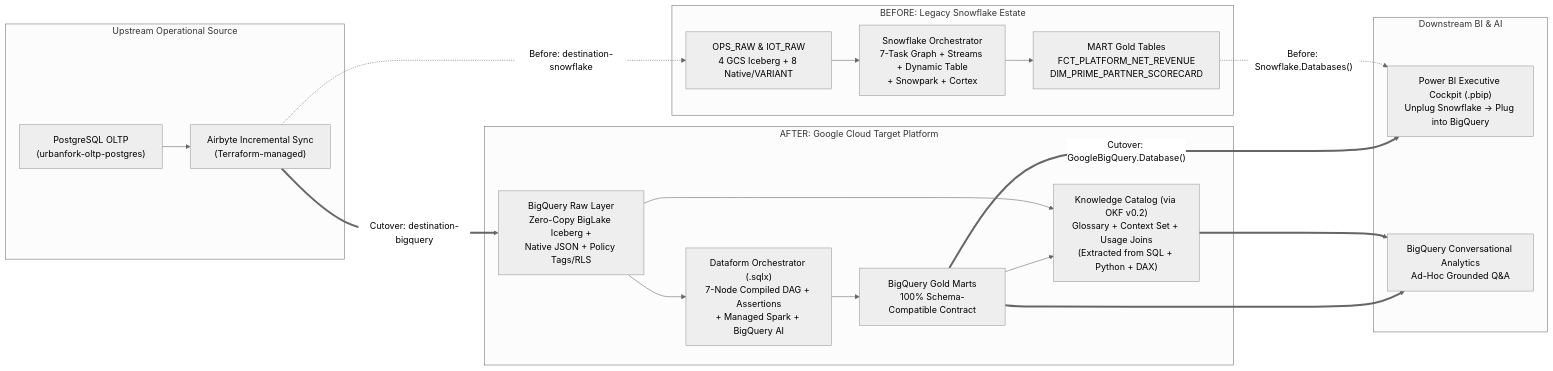
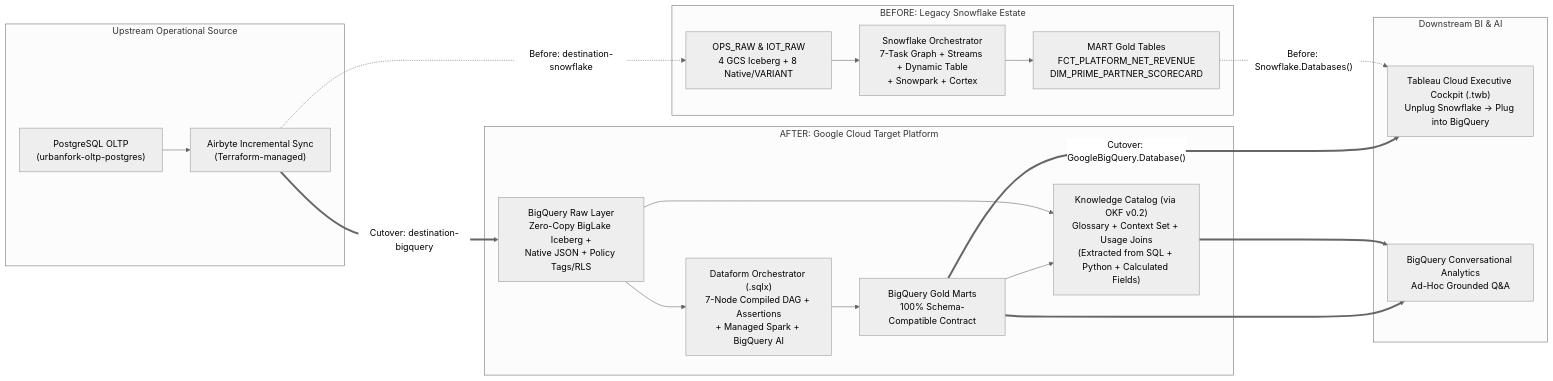
One commit to lvaracca/dcd-agentic-data-migration changed the first of 2 diagrams in SPECIFICATION.md. Above: the diagram before and after it, drawn with Mermaid (neutral theme). The commit also changed other lines of this file and 33 other files, not shown here.

Commit message:
Switch BI layer cleanly to Tableau Cloud and align 5-act agent skills

````diff
--- a/SPECIFICATION.md
+++ b/SPECIFICATION.md
@@ -31,35 +31,35 @@
 ```mermaid
 flowchart LR
     subgraph UP["Upstream Operational Source"]
         PG["PostgreSQL OLTP\n(urbanfork-oltp-postgres)"]
         AB["Airbyte Incremental Sync\n(Terraform-managed)"]
         PG --> AB
     end
 
     subgraph LEGACY["BEFORE: Legacy Snowflake Estate"]
         SF_RAW["OPS_RAW & IOT_RAW\n4 GCS Iceberg + 8 Native/VARIANT"]
         SF_DAG["Snowflake Orchestrator\n7-Task Graph + Streams + Dynamic Table\n+ Snowpark + Cortex"]
         SF_MART["MART Gold Tables\nFCT_PLATFORM_NET_REVENUE\nDIM_PRIME_PARTNER_SCORECARD"]
         SF_RAW --> SF_DAG --> SF_MART
     end
 
     subgraph TARGET["AFTER: Google Cloud Target Platform"]
         BQ_RAW["BigQuery Raw Layer\nZero-Copy BigLake Iceberg +\nNative JSON + Policy Tags/RLS"]
         DF_DAG["Dataform Orchestrator (.sqlx)\n7-Node Compiled DAG + Assertions\n+ Managed Spark + BigQuery AI"]
         BQ_MART["BigQuery Gold Marts\n100% Schema-Compatible Contract"]
-        KC["Knowledge Catalog (via OKF v0.2)\nGlossary + Context Set + Usage Joins\n(Extracted from SQL + Python + DAX)"]
+        KC["Knowledge Catalog (via OKF v0.2)\nGlossary + Context Set + Usage Joins\n(Extracted from SQL + Python + Calculated Fields)"]
         BQ_RAW --> DF_DAG --> BQ_MART
         BQ_RAW & BQ_MART --> KC
     end
 
     subgraph DOWN["Downstream BI & AI"]
-        PBI["Power BI Executive Cockpit (.pbip)\nUnplug Snowflake -> Plug into BigQuery"]
+        PBI["Tableau Cloud Executive Cockpit (.twb)\nUnplug Snowflake -> Plug into BigQuery"]
         CA["BigQuery Conversational Analytics\nAd-Hoc Grounded Q&A"]
     end
 
     AB -. "Before: destination-snowflake" .-> SF_RAW
     AB == "Cutover: destination-bigquery" ==> BQ_RAW
     SF_MART -. "Before: Snowflake.Databases()" .-> PBI
     BQ_MART == "Cutover: GoogleBigQuery.Database()" ==> PBI
     KC & BQ_MART ==> CA
 ```
````
